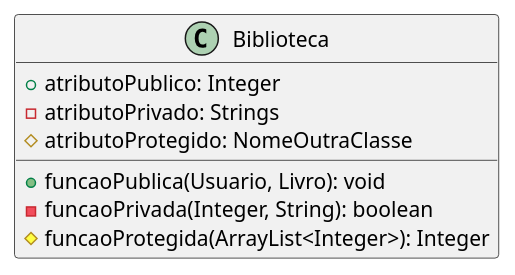
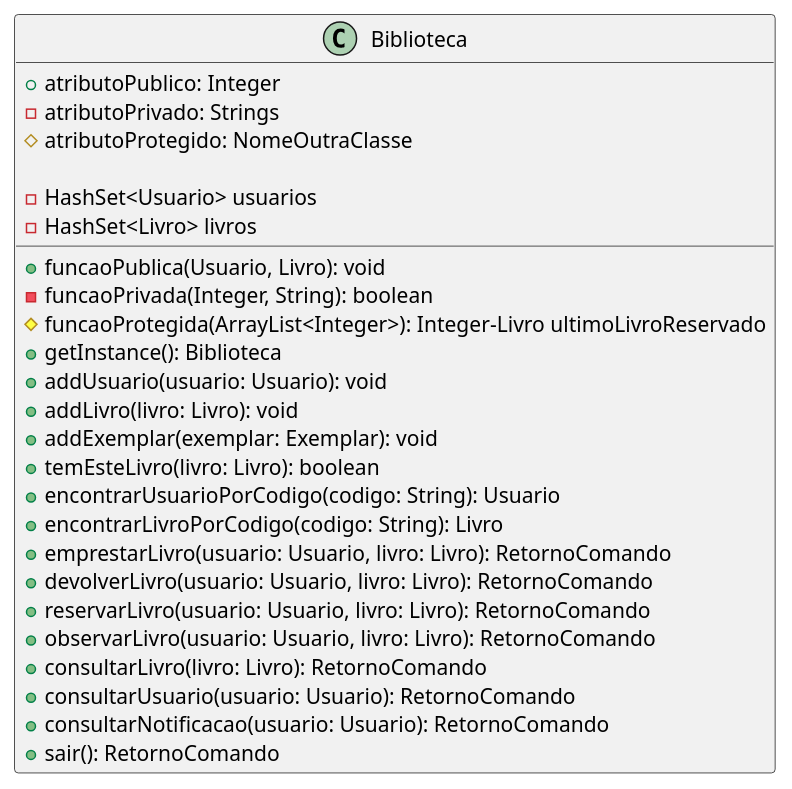
Before and after one commit to angelofelipe/library-system-OOP: the diagram in diagrama de classes/src puml/src/geral/Biblioteca.puml, drawn with PlantUML. The commit also changed 7 other files, not shown here.

Commit message:
edita diagrama na pasta geral

```diff
--- a/diagrama de classes/src puml/src/geral/Biblioteca.puml
+++ b/diagrama de classes/src puml/src/geral/Biblioteca.puml
@@ -1,13 +1,30 @@
 @startuml
 
 class Biblioteca {
     + atributoPublico: Integer
     - atributoPrivado: Strings
     # atributoProtegido: NomeOutraClasse
 
     + funcaoPublica(Usuario, Livro): void
     - funcaoPrivada(Integer, String): boolean
-    # funcaoProtegida(ArrayList<Integer>): Integer
+    # funcaoProtegida(ArrayList<Integer>): Integer-Livro ultimoLivroReservado
+        -HashSet<Usuario> usuarios
+        -HashSet<Livro> livros
+        +getInstance(): Biblioteca
+        +addUsuario(usuario: Usuario): void
+        +addLivro(livro: Livro): void
+        +addExemplar(exemplar: Exemplar): void
+        +temEsteLivro(livro: Livro): boolean
+        +encontrarUsuarioPorCodigo(codigo: String): Usuario
+        +encontrarLivroPorCodigo(codigo: String): Livro
+        +emprestarLivro(usuario: Usuario, livro: Livro): RetornoComando
+        +devolverLivro(usuario: Usuario, livro: Livro): RetornoComando
+        +reservarLivro(usuario: Usuario, livro: Livro): RetornoComando
+        +observarLivro(usuario: Usuario, livro: Livro): RetornoComando
+        +consultarLivro(livro: Livro): RetornoComando
+        +consultarUsuario(usuario: Usuario): RetornoComando
+        +consultarNotificacao(usuario: Usuario): RetornoComando
+        +sair(): RetornoComando
 }
 
 @enduml
```
